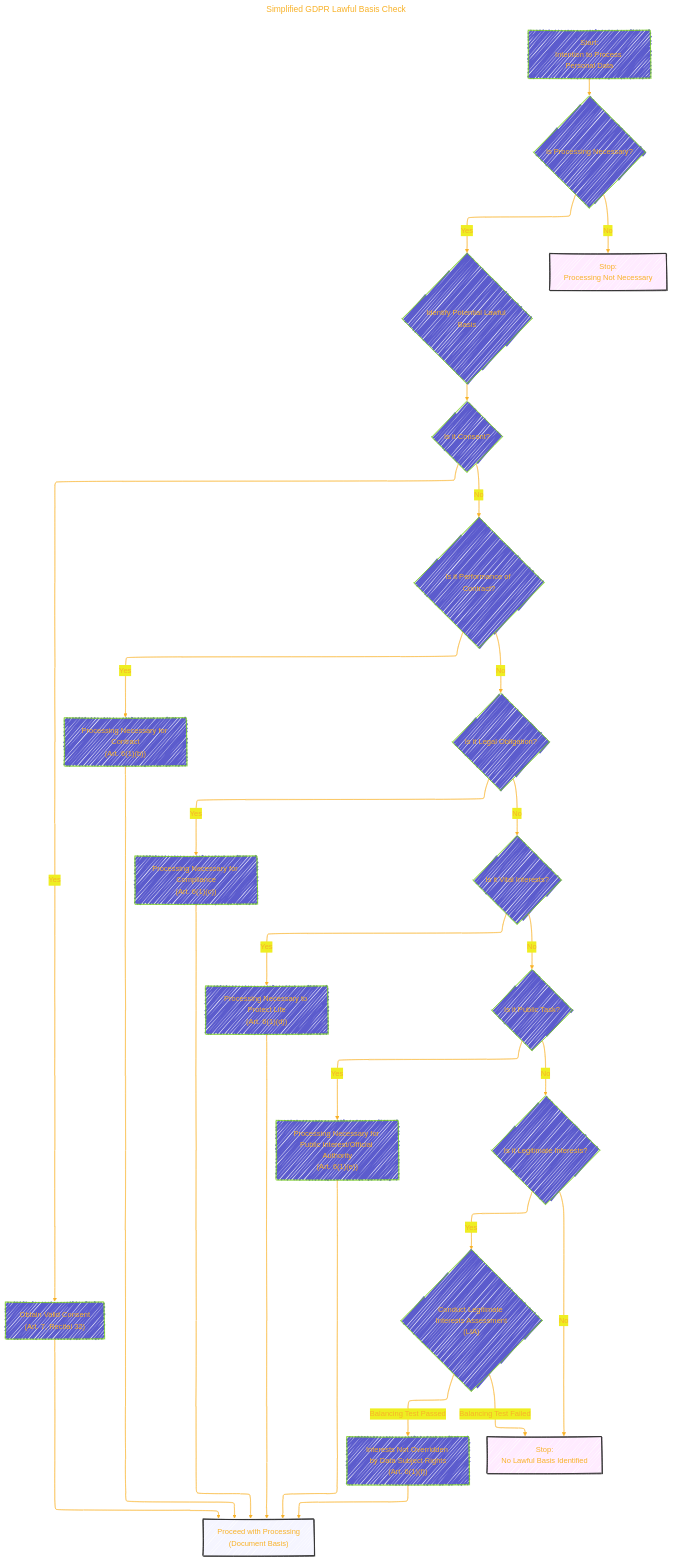
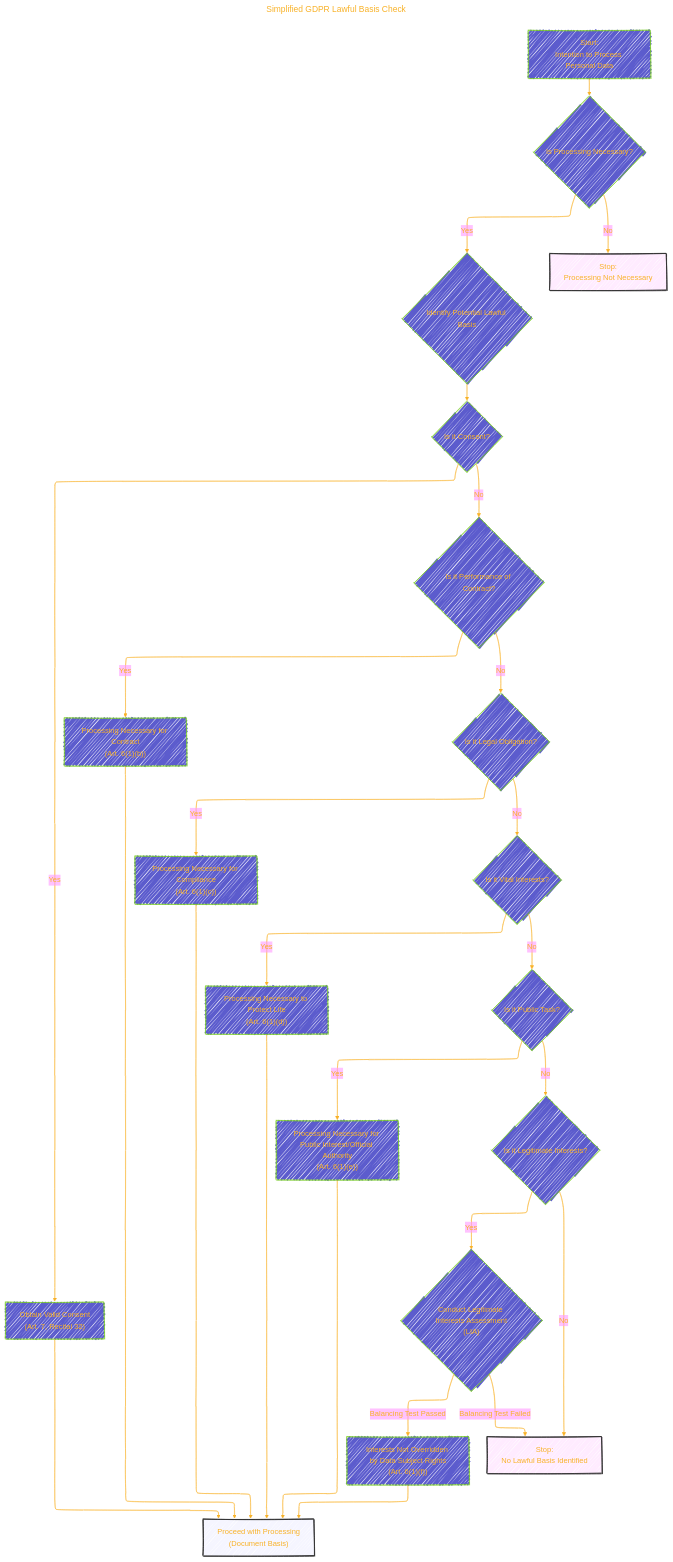
One commit to CongLeSolutionX/LegalLens changed the third of 4 diagrams in README.md. Above: the diagram before and after it, drawn with Mermaid.

Commit message:
update notes

````diff
--- a/README.md
+++ b/README.md
@@ -375,70 +375,70 @@
 ```mermaid
 ---
 title: "Simplified GDPR Lawful Basis Check"
 author: "Cong Le"
 version: "1.0"
 license(s): "MIT, CC BY 4.0"
 copyright: "Copyright (c) 2025 Cong Le. All Rights Reserved."
 config:
   layout: elk
   look: handDrawn
   theme: base
 ---
 %%%%%%%% Mermaid version v11.4.1-b.14
 %%%%%%%% Toggle theme value to `base` to activate the initilization below for the customized theme version.
 %%%%%%%% Available curve styles include the following keywords:
 %% basis, bumpX, bumpY, cardinal, catmullRom, linear, monotoneX, monotoneY, natural, step, stepAfter, stepBefore.
 %%{
   init: {
     'graph': { 'htmlLabels': false, 'curve': 'linear' },
     'fontFamily': 'Monospace',
     'themeVariables': {
       'primaryColor': '#22BB',
       'primaryTextColor': '#F8B229',
       'primaryBorderColor': '#7c2',
       'lineColor': '#F8B229',
-      'secondaryColor': '#EE2',
+      'secondaryColor': '#f9f3',
       'tertiaryColor': '#fff',
       'stroke':'#3323',
       'stroke-width': '0.5px'
     }
   }
 }%%
 graph TD
     A["Start:<br>Intention to Process Personal Data"] --> B{"Is Processing Necessary?"}
     B -- Yes --> C{"Identify Potential Lawful Basis"}
     B -- No --> Stop_No_Need["Stop:<br/>Processing Not Necessary"]
 
     C --> D{"Is it Consent?"}
     D -- Yes --> E["Obtain Valid Consent<br/>(Art. 7, Recital 32)"]
     E --> Process["Proceed with Processing<br/>(Document Basis)"]
 
     D -- No --> F{"Is it Performance of Contract?"}
     F -- Yes --> G["Processing Necessary for Contract<br/>(Art. 6(1)(b))"]
     G --> Process
 
     F -- No --> H{"Is it Legal Obligation?"}
     H -- Yes --> I["Processing Necessary for Compliance<br/>(Art. 6(1)(c))"]
     I --> Process
 
     H -- No --> J{"Is it Vital Interests?"}
     J -- Yes --> K["Processing Necessary to Protect Life<br/>(Art. 6(1)(d))"]
     K --> Process
 
     J -- No --> L{"Is it Public Task?"}
     L -- Yes --> M["Processing Necessary for Public Interest/Official Authority<br/>(Art. 6(1)(e))"]
     M --> Process
 
     L -- No --> N{"Is it Legitimate Interests?"}
     N -- Yes --> O{"Conduct Legitimate Interests Assessment<br/>(LIA)"}
     O -- Balancing Test Passed --> P["Interests Not Overridden by Data Subject Rights<br/>(Art. 6(1)(f))"]
     P --> Process
     O -- Balancing Test Failed --> Stop_No_Basis
 
     N -- No --> Stop_No_Basis["Stop:<br/>No Lawful Basis Identified"]
 
     style Stop_No_Need fill:#f9f3,stroke:#333,stroke-width:2px
     style Stop_No_Basis fill:#f9f3,stroke:#333,stroke-width:2px
     style Process fill:#ccf3,stroke:#333,stroke-width:2px
     
 ```
````
